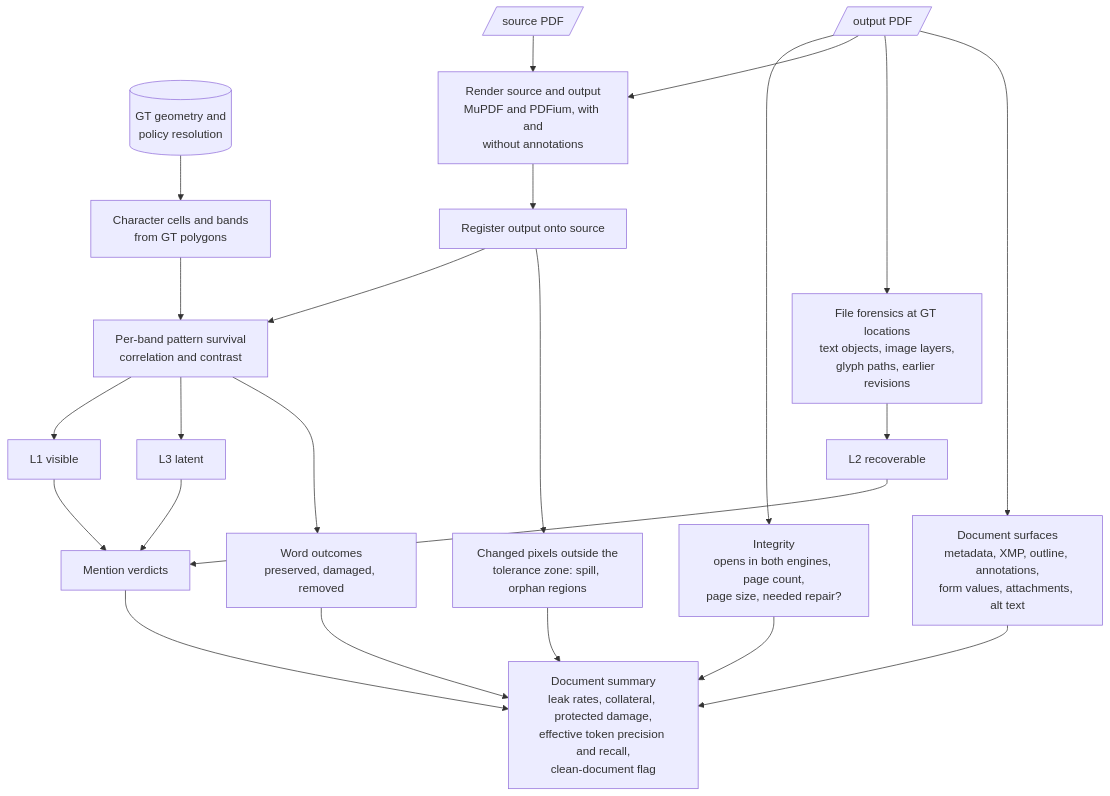
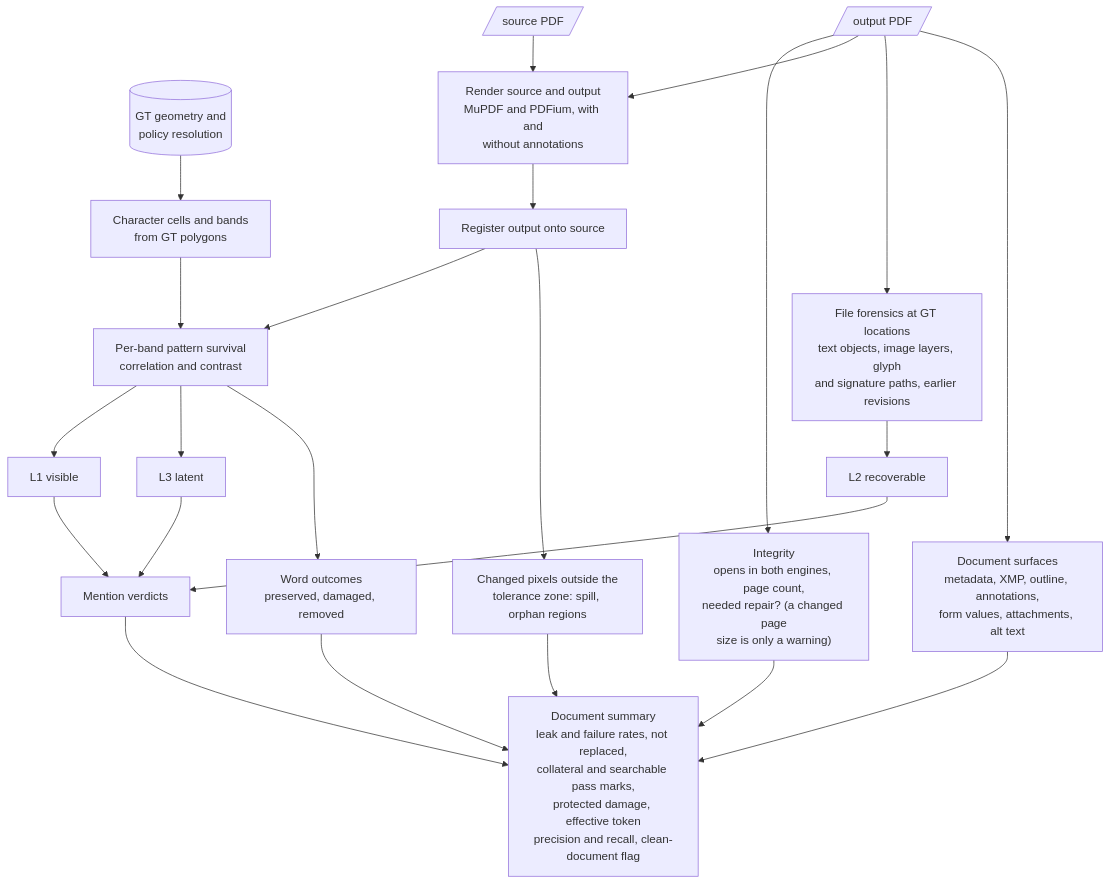
Before and after one commit to anshdeshwal31/redaction_benchmark: the fifth of 11 diagrams in ARCHITECTURE.md, drawn with Mermaid. The commit also changed other lines of this file and 4 other files, not shown here.

````diff
--- a/ARCHITECTURE.md
+++ b/ARCHITECTURE.md
@@ -235,29 +272,29 @@
 ```mermaid
 flowchart TD
     src[/"source PDF"/]
     out[/"output PDF"/]
     gt[("GT geometry and<br/>policy resolution")]
 
-    out --> integ["Integrity<br/>opens in both engines, page count,<br/>page size, needed repair?"]
+    out --> integ["Integrity<br/>opens in both engines, page count,<br/>needed repair? (a changed page<br/>size is only a warning)"]
     src --> render["Render source and output<br/>MuPDF and PDFium, with and<br/>without annotations"]
     out --> render
     render --> reg["Register output onto source"]
     gt --> cells["Character cells and bands<br/>from GT polygons"]
     reg --> pix["Per-band pattern survival<br/>correlation and contrast"]
     cells --> pix
     pix --> l1["L1 visible"]
     pix --> l3["L3 latent"]
-    out --> file["File forensics at GT locations<br/>text objects, image layers,<br/>glyph paths, earlier revisions"]
+    out --> file["File forensics at GT locations<br/>text objects, image layers, glyph<br/>and signature paths, earlier revisions"]
     file --> l2["L2 recoverable"]
     out --> surf["Document surfaces<br/>metadata, XMP, outline, annotations,<br/>form values, attachments, alt text"]
     l1 --> verdict["Mention verdicts"]
     l2 --> verdict
     l3 --> verdict
     pix --> words["Word outcomes<br/>preserved, damaged, removed"]
     reg --> spill["Changed pixels outside the<br/>tolerance zone: spill, orphan regions"]
-    verdict --> summary["Document summary<br/>leak rates, collateral, protected damage,<br/>effective token precision and recall,<br/>clean-document flag"]
+    verdict --> summary["Document summary<br/>leak and failure rates, not replaced,<br/>collateral and searchable pass marks,<br/>protected damage, effective token<br/>precision and recall, clean-document flag"]
     words --> summary
     surf --> summary
     integ --> summary
     spill --> summary
 ```
````
